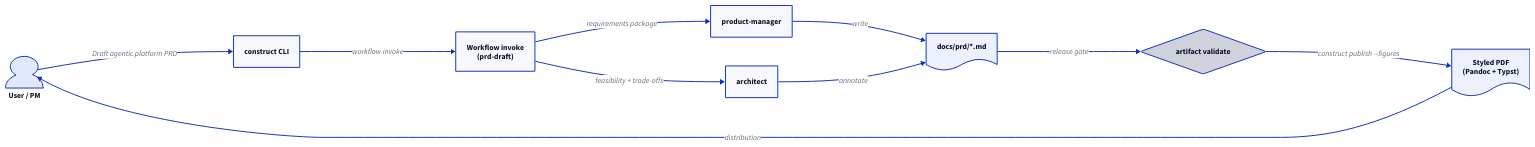
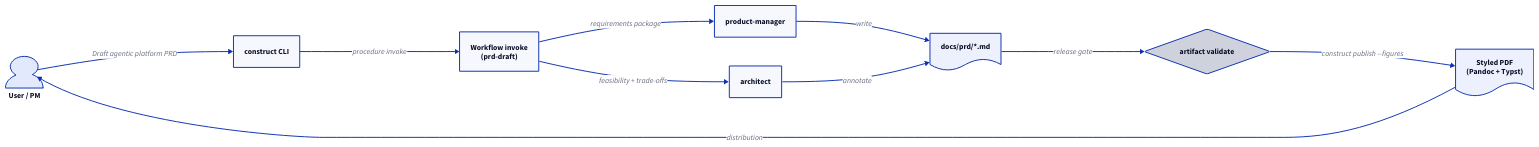
Before and after one commit to geraldmaron/construct: the diagram in tests/fixtures/publish/agentic-platforms-stub.md, drawn with D2. The commit also changed other lines of this file and 15 other files, not shown here.

First line of the commit message:
fix(publish): retire Mermaid handDrawn/Caveat; add SVG overlap proof

````diff
--- a/tests/fixtures/publish/agentic-platforms-stub.md
+++ b/tests/fixtures/publish/agentic-platforms-stub.md
@@ -42,38 +42,38 @@
 ```d2
 direction: right
 
 user: User / PM {
   shape: person
 }
 cli: construct CLI {
   shape: rectangle
 }
 router: Workflow invoke\n(prd-draft) {
   shape: rectangle
 }
 pm: product-manager {
   shape: rectangle
 }
 arch: architect {
   shape: rectangle
 }
 prd: docs/prd/*.md {
   shape: document
 }
 gate: artifact validate {
   shape: diamond
 }
 pdf: Styled PDF\n(Pandoc + Typst) {
   shape: document
 }
 
 user -> cli: "Draft agentic platform PRD"
-cli -> router: workflow invoke
+cli -> router: procedure invoke
 router -> pm: requirements package
 router -> arch: feasibility + trade-offs
 pm -> prd: write
 arch -> prd: annotate
 prd -> gate: release gate
 gate -> pdf: construct publish --figures
 pdf -> user: distribution
 ```
````
